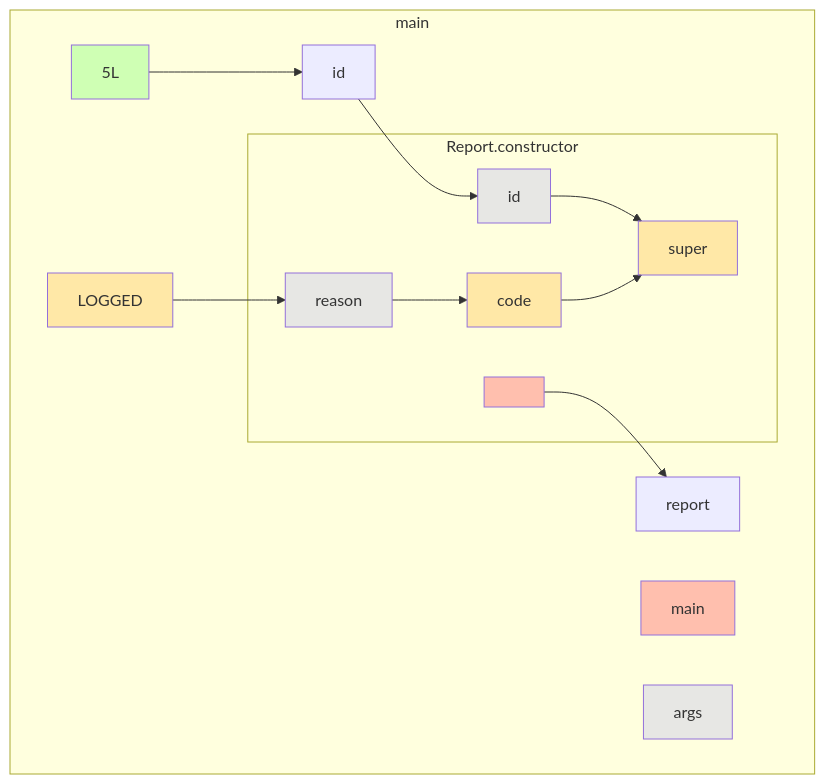
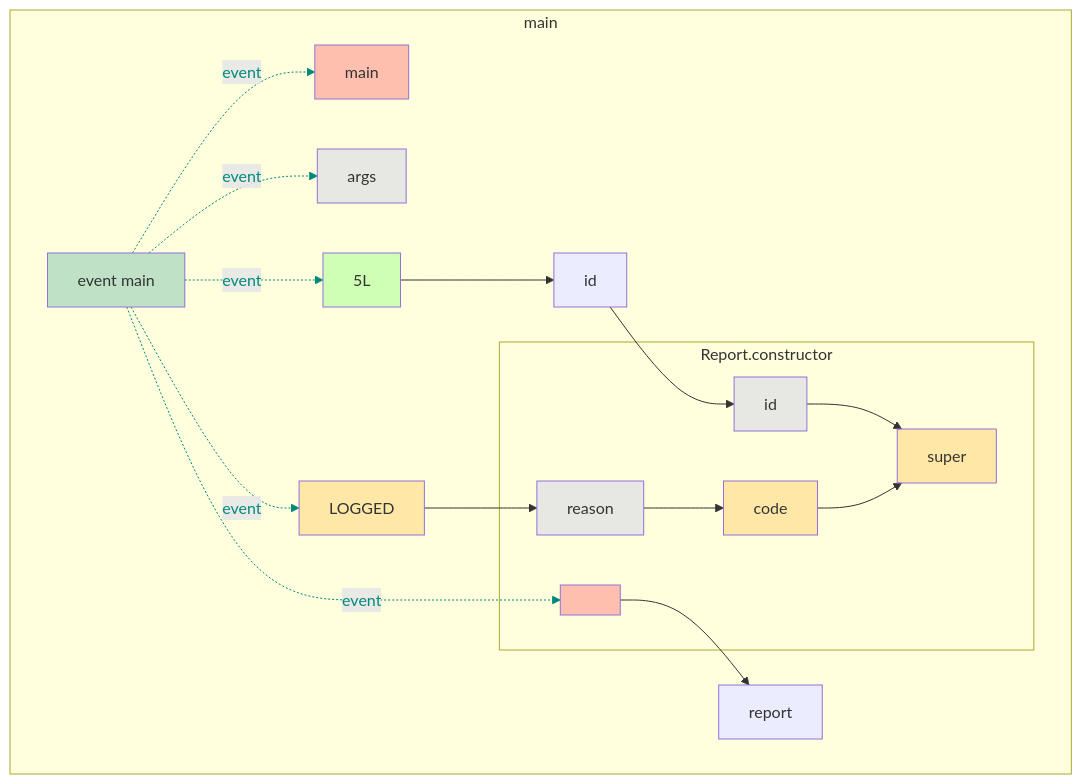
One commit to gstiebler/codeflow changed the diagram in app/src/test/resources/unattributedParameter/snapshot.md. Above: the diagram before and after it, drawn with Mermaid. The commit also changed 77 other files, not shown here.

````diff
--- a/app/src/test/resources/unattributedParameter/snapshot.md
+++ b/app/src/test/resources/unattributedParameter/snapshot.md
@@ -1,32 +1,44 @@
 ```mermaid
 flowchart TD
   subgraph b0["main"]
-    n1[main]:::RETURN
-    n2[args]:::FUNC_PARAM
-    n3[5L]:::LITERAL
-    n4[id]:::OBJ_VARIABLE
-    n5[LOGGED]:::EXTERNAL
-    n12[report]:::OBJ_VARIABLE
-    n3[5L]:::LITERAL --> n4[id]:::OBJ_VARIABLE
-    n4[id]:::OBJ_VARIABLE --> n9[id]:::FUNC_PARAM
-    n5[LOGGED]:::EXTERNAL --> n8[reason]:::FUNC_PARAM
-    n7[<init>]:::RETURN --> n12[report]:::OBJ_VARIABLE
-    subgraph b6["Report.constructor"]
-      n7[<init>]:::RETURN
-      n8[reason]:::FUNC_PARAM
-      n9[id]:::FUNC_PARAM
-      n10[code]:::EXTERNAL
-      n11[super]:::EXTERNAL
-      n8[reason]:::FUNC_PARAM --> n10[code]:::EXTERNAL
-      n9[id]:::FUNC_PARAM --> n11[super]:::EXTERNAL
-      n10[code]:::EXTERNAL --> n11[super]:::EXTERNAL
+    n1[event main]:::EVENT
+    n2[main]:::RETURN
+    n3[args]:::FUNC_PARAM
+    n4[5L]:::LITERAL
+    n5[id]:::OBJ_VARIABLE
+    n6[LOGGED]:::EXTERNAL
+    n13[report]:::OBJ_VARIABLE
+    n1[event main]:::EVENT -. event .-> n2[main]:::RETURN
+    n1[event main]:::EVENT -. event .-> n3[args]:::FUNC_PARAM
+    n1[event main]:::EVENT -. event .-> n4[5L]:::LITERAL
+    n1[event main]:::EVENT -. event .-> n6[LOGGED]:::EXTERNAL
+    n1[event main]:::EVENT -. event .-> n8[<init>]:::RETURN
+    n4[5L]:::LITERAL --> n5[id]:::OBJ_VARIABLE
+    n5[id]:::OBJ_VARIABLE --> n10[id]:::FUNC_PARAM
+    n6[LOGGED]:::EXTERNAL --> n9[reason]:::FUNC_PARAM
+    n8[<init>]:::RETURN --> n13[report]:::OBJ_VARIABLE
+    subgraph b7["Report.constructor"]
+      n8[<init>]:::RETURN
+      n9[reason]:::FUNC_PARAM
+      n10[id]:::FUNC_PARAM
+      n11[code]:::EXTERNAL
+      n12[super]:::EXTERNAL
+      n9[reason]:::FUNC_PARAM --> n11[code]:::EXTERNAL
+      n10[id]:::FUNC_PARAM --> n12[super]:::EXTERNAL
+      n11[code]:::EXTERNAL --> n12[super]:::EXTERNAL
     end
   end
+  linkStyle 0 stroke:#00897b,color:#00897b
+  linkStyle 1 stroke:#00897b,color:#00897b
+  linkStyle 2 stroke:#00897b,color:#00897b
+  linkStyle 3 stroke:#00897b,color:#00897b
+  linkStyle 4 stroke:#00897b,color:#00897b
   classDef LITERAL fill:#00FF0030
   classDef VARIABLE fill:#80808030
   classDef BIN_OP fill:#80808080
   classDef FUNC_PARAM fill:#8080FF30
   classDef RETURN fill:#FF808080
   classDef EXTERNAL fill:#FFA50040
   classDef UNMODELLED fill:#FF000030,stroke-dasharray: 4 2
+  classDef EVENT fill:#00897B40
 ```
````
